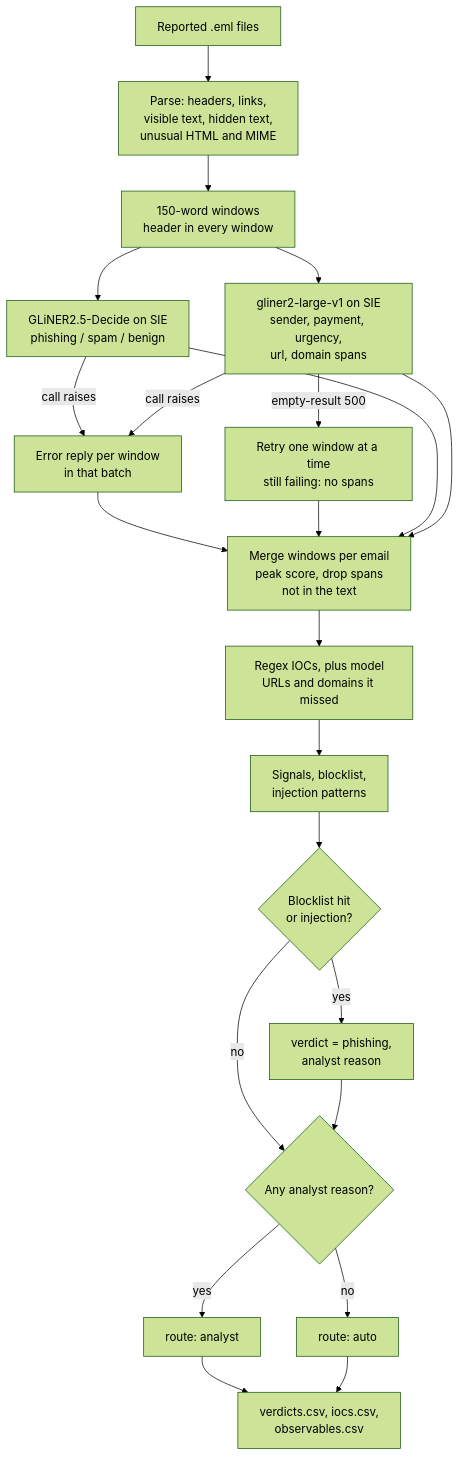
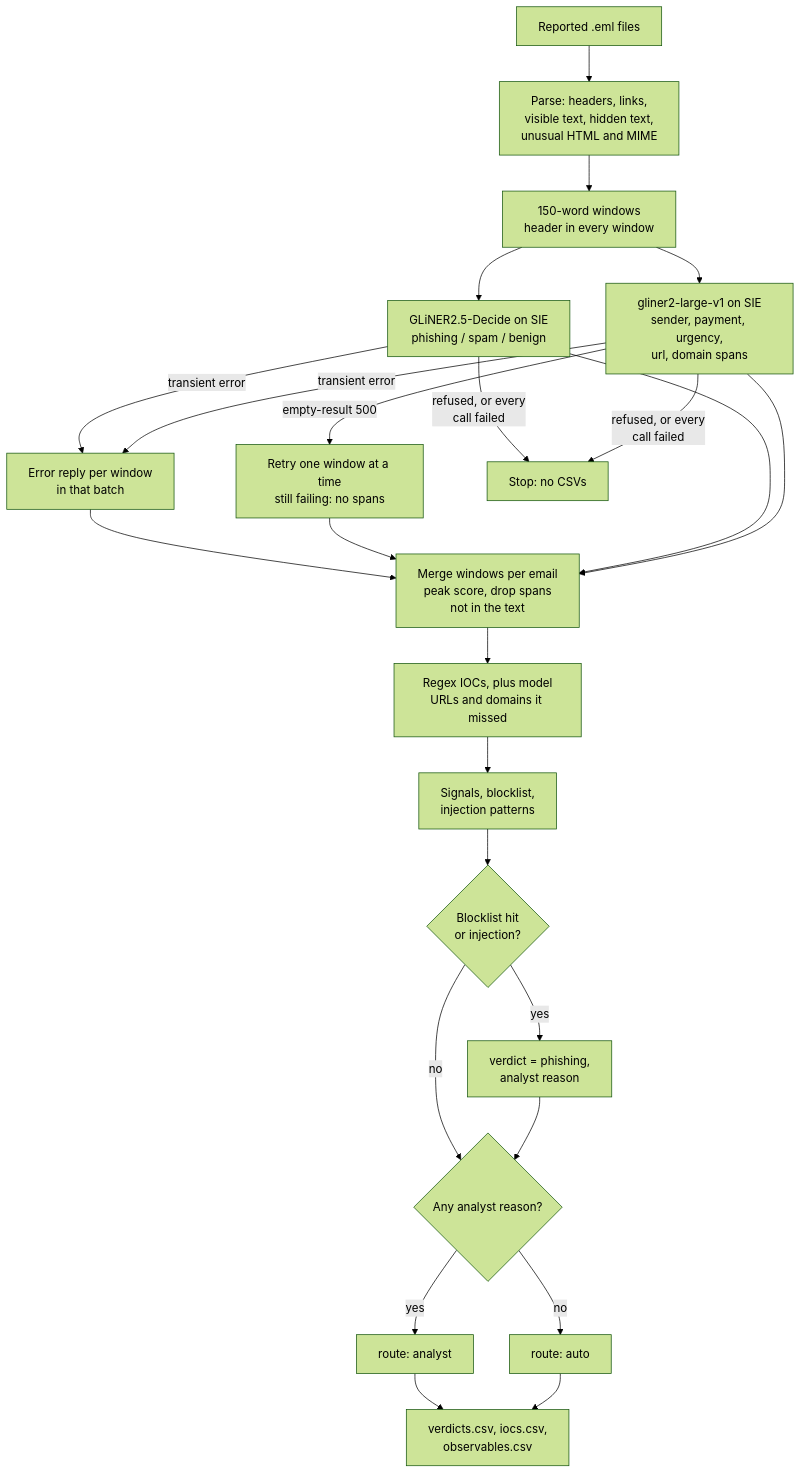
The diagram in security/phishing_triage/README.md (superlinked/cookbook), drawn with Mermaid (forest theme) before and after one commit. The commit also changed other lines of this file and 2 other files, not shown here.

First line of the commit message:
fix(security): phishing_triage stops when every SIE call fails

````diff
--- a/security/phishing_triage/README.md
+++ b/security/phishing_triage/README.md
@@ -184,24 +185,26 @@
 ```mermaid
 flowchart TD
     E[Reported .eml files] --> P[Parse: headers, links,<br/>visible text, hidden text,<br/>unusual HTML and MIME]
     P --> W[150-word windows<br/>header in every window]
     W --> V[GLiNER2.5-Decide on SIE<br/>phishing / spam / benign]
     W --> X[gliner2-large-v1 on SIE<br/>sender, payment, urgency,<br/>url, domain spans]
     X -- empty-result 500 --> R[Retry one window at a time<br/>still failing: no spans]
-    V -- call raises --> Q[Error reply per window<br/>in that batch]
-    X -- call raises --> Q
+    V -- transient error --> Q[Error reply per window<br/>in that batch]
+    X -- transient error --> Q
+    V -- refused, or every<br/>call failed --> Z[Stop: no CSVs]
+    X -- refused, or every<br/>call failed --> Z
     Q --> M
     R --> M
     V --> M[Merge windows per email<br/>peak score, drop spans<br/>not in the text]
     X --> M
     M --> I[Regex IOCs, plus model<br/>URLs and domains it missed]
     I --> S[Signals, blocklist,<br/>injection patterns]
     S --> F{Blocklist hit<br/>or injection?}
     F -- yes --> H[verdict = phishing,<br/>analyst reason]
     F -- no --> D{Any analyst reason?}
     H --> D
     D -- yes --> A[route: analyst]
     D -- no --> U[route: auto]
     A --> O[verdicts.csv, iocs.csv,<br/>observables.csv]
     U --> O
 ```
````
